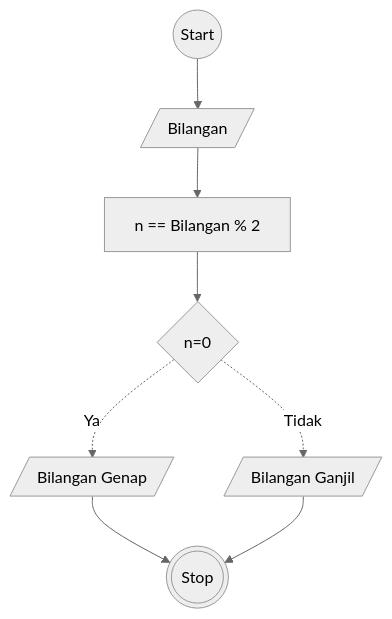
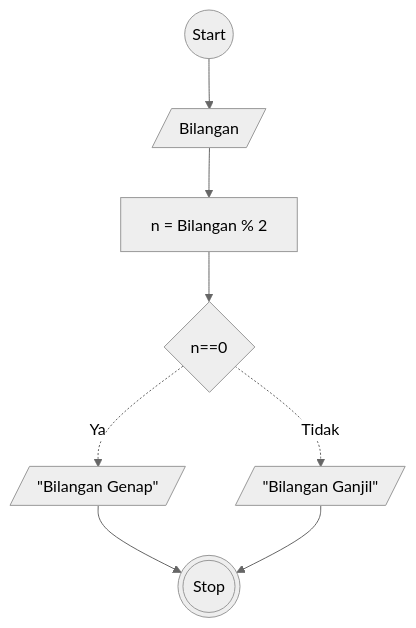
One commit to dimastadeoo/koda-b8-algoritma changed the diagram in ganjil-genap.md. Above: the diagram before and after it, drawn with Mermaid (neutral theme).

````diff
--- a/ganjil-genap.md
+++ b/ganjil-genap.md
@@ -16,19 +16,19 @@
 ```mermaid
 flowchart TD
     A@{ shape: circle, label: "Start" }
     
     B@{ shape: lean-r, label: "Bilangan" }
-    G@{ shape: rect, label: "n == Bilangan % 2" }
+    G@{ shape: rect, label: "n = Bilangan % 2" }
 
-    C@{ shape: diamond, label: "n=0" }
+    C@{ shape: diamond, label: "n==0" }
 
-    D@{ shape: lean-r, label: "Bilangan Ganjil" }
-    E@{ shape: lean-r, label: "Bilangan Genap" }
+    D@{ shape: lean-r, label: "&quot;Bilangan Ganjil&quot;" }
+    E@{ shape: lean-r, label: "&quot;Bilangan Genap&quot;" }
 
     F@{ shape: dbl-circ, label: "Stop" }
 
     A --> B --> G --> C-. Ya .-> E --> F
     C-. Tidak .-> D --> F
 
 
 ```
````
